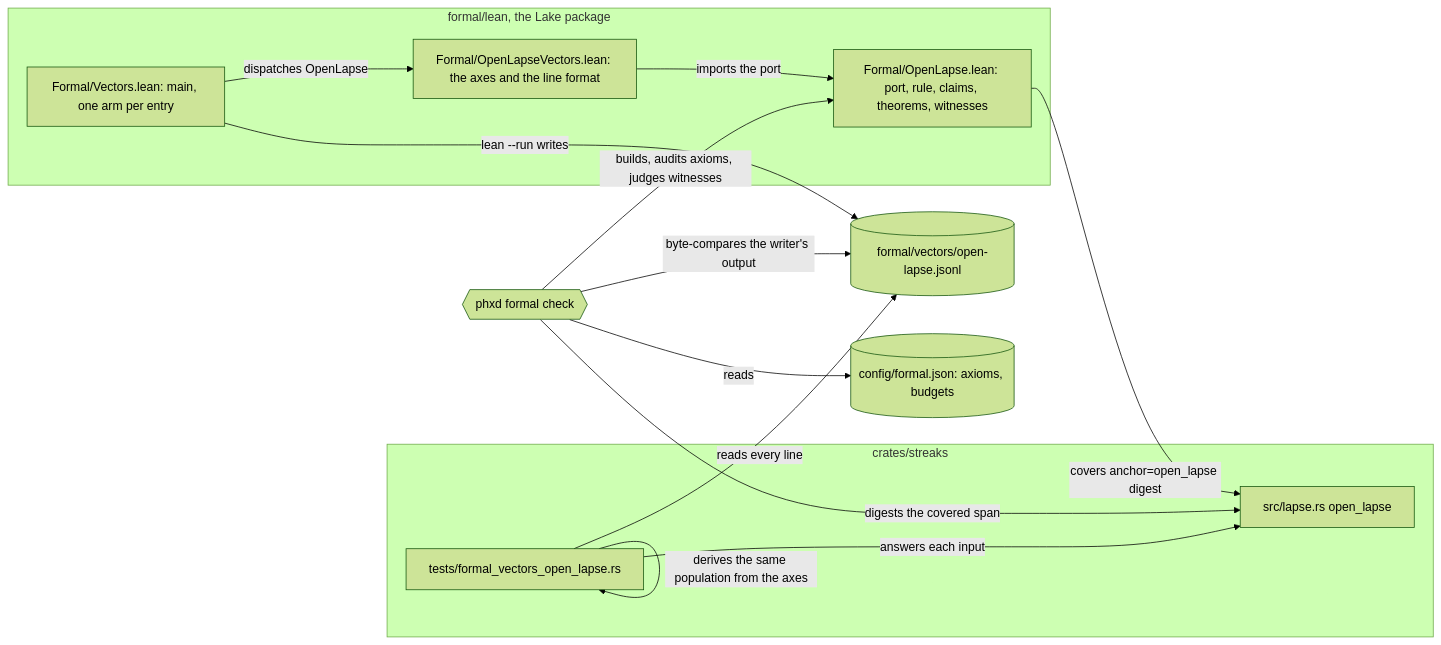
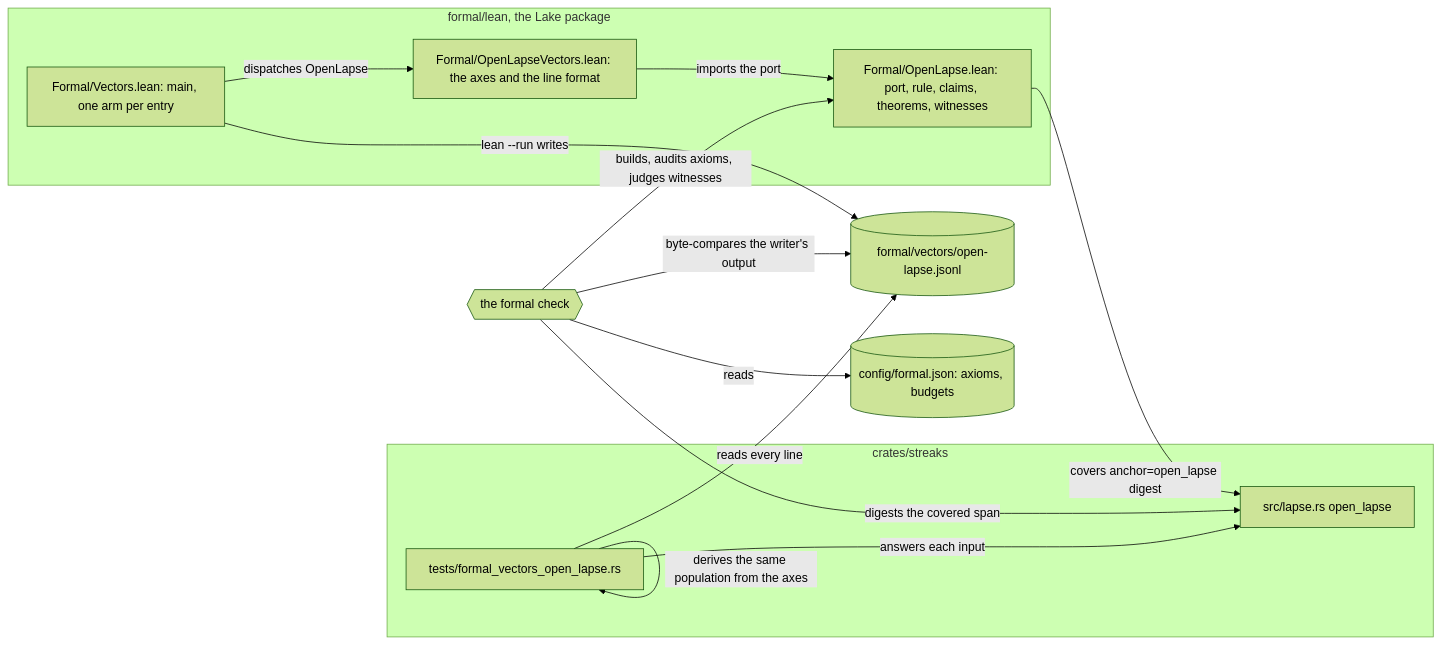
One commit to RexRenatus/deck-streak changed the first of 2 diagrams in docs/schematics/open-lapse-proof-and-its-vectors.md. Above: the diagram before and after it, drawn with Mermaid (forest theme). The commit also changed 2 other files, not shown here.

Commit message:
docs(formal): call the checker the formal check, as the tree does

````diff
--- a/docs/schematics/open-lapse-proof-and-its-vectors.md
+++ b/docs/schematics/open-lapse-proof-and-its-vectors.md
@@ -11,26 +11,26 @@
 ```mermaid
 flowchart LR
   subgraph rust[crates/streaks]
     lapse["src/lapse.rs open_lapse"]
     test["tests/formal_vectors_open_lapse.rs"]
   end
   subgraph lean[formal/lean, the Lake package]
     entry["Formal/OpenLapse.lean: port, rule, claims, theorems, witnesses"]
     writer["Formal/OpenLapseVectors.lean: the axes and the line format"]
     main["Formal/Vectors.lean: main, one arm per entry"]
   end
   vectors[("formal/vectors/open-lapse.jsonl")]
   config[("config/formal.json: axioms, budgets")]
-  checker{{"phxd formal check"}}
+  checker{{"the formal check"}}
   entry -- "covers anchor=open_lapse digest" --> lapse
   writer -- "imports the port" --> entry
   main -- "dispatches OpenLapse" --> writer
   main -- "lean --run writes" --> vectors
   checker -- "builds, audits axioms, judges witnesses" --> entry
   checker -- "byte-compares the writer's output" --> vectors
   checker -- "reads" --> config
   checker -- "digests the covered span" --> lapse
   test -- "reads every line" --> vectors
   test -- "derives the same population from the axes" --> test
   test -- "answers each input" --> lapse
 ```
````
